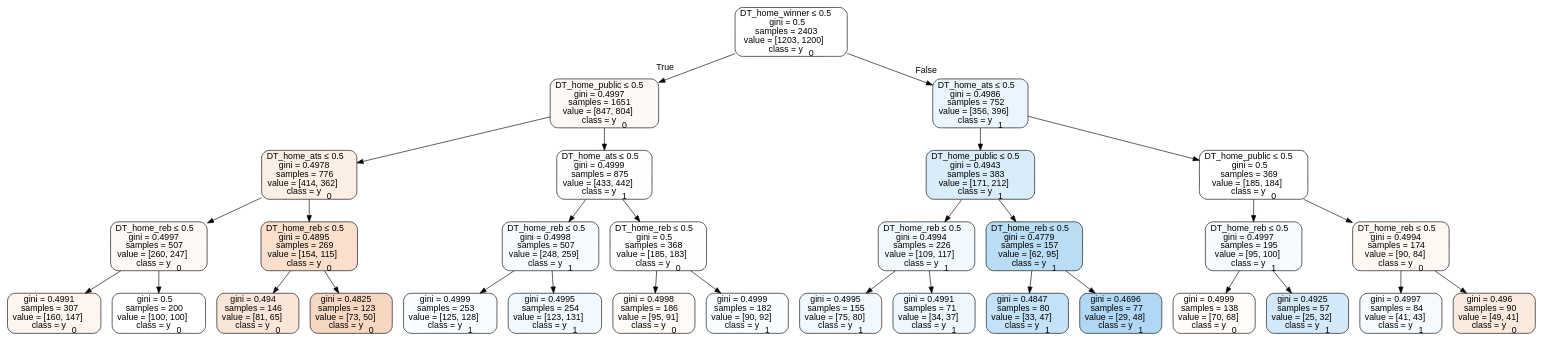
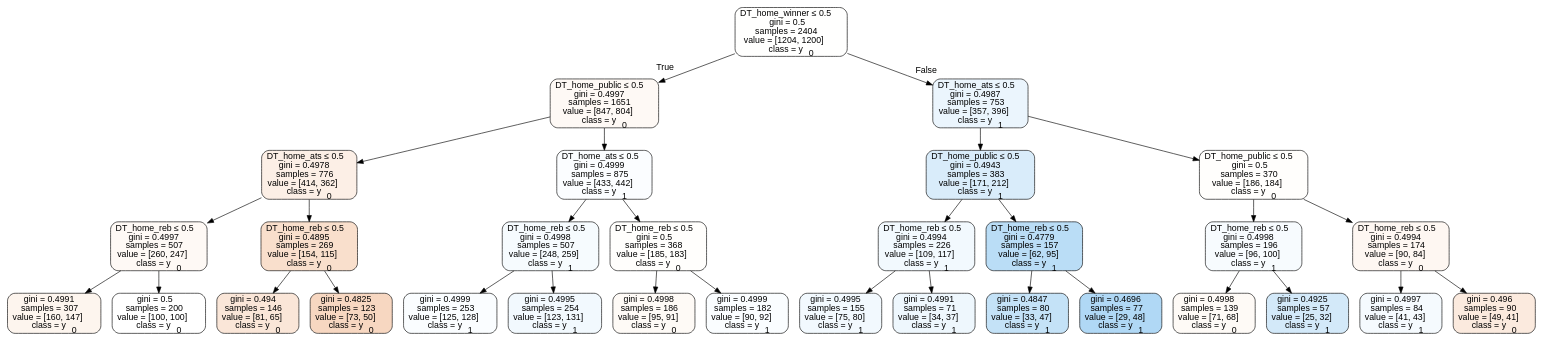
Before and after one commit to usbogie/ncaa-bets: the diagram in Basketball/data/trees/tree2014neutral.dot, drawn with Graphviz. The commit also changed 33 other files, not shown here.

```diff
--- a/Basketball/data/trees/tree2014neutral.dot
+++ b/Basketball/data/trees/tree2014neutral.dot
@@ -1,65 +1,65 @@
 digraph Tree {
 node [shape=box, style="filled, rounded", color="black", fontname=helvetica] ;
 edge [fontname=helvetica] ;
-0 [label=<DT_home_winner &le; 0.5<br/>gini = 0.5<br/>samples = 2403<br/>value = [1203, 1200]<br/>class = y<SUB>0</SUB>>, fillcolor="#e5813901"] ;
+0 [label=<DT_home_winner &le; 0.5<br/>gini = 0.5<br/>samples = 2404<br/>value = [1204, 1200]<br/>class = y<SUB>0</SUB>>, fillcolor="#e5813901"] ;
 1 [label=<DT_home_public &le; 0.5<br/>gini = 0.4997<br/>samples = 1651<br/>value = [847, 804]<br/>class = y<SUB>0</SUB>>, fillcolor="#e581390d"] ;
 0 -> 1 [labeldistance=2.5, labelangle=45, headlabel="True"] ;
 2 [label=<DT_home_ats &le; 0.5<br/>gini = 0.4978<br/>samples = 776<br/>value = [414, 362]<br/>class = y<SUB>0</SUB>>, fillcolor="#e5813920"] ;
 1 -> 2 ;
 3 [label=<DT_home_reb &le; 0.5<br/>gini = 0.4997<br/>samples = 507<br/>value = [260, 247]<br/>class = y<SUB>0</SUB>>, fillcolor="#e581390d"] ;
 2 -> 3 ;
 4 [label=<gini = 0.4991<br/>samples = 307<br/>value = [160, 147]<br/>class = y<SUB>0</SUB>>, fillcolor="#e5813915"] ;
 3 -> 4 ;
 5 [label=<gini = 0.5<br/>samples = 200<br/>value = [100, 100]<br/>class = y<SUB>0</SUB>>, fillcolor="#e5813900"] ;
 3 -> 5 ;
 6 [label=<DT_home_reb &le; 0.5<br/>gini = 0.4895<br/>samples = 269<br/>value = [154, 115]<br/>class = y<SUB>0</SUB>>, fillcolor="#e5813941"] ;
 2 -> 6 ;
 7 [label=<gini = 0.494<br/>samples = 146<br/>value = [81, 65]<br/>class = y<SUB>0</SUB>>, fillcolor="#e5813932"] ;
 6 -> 7 ;
 8 [label=<gini = 0.4825<br/>samples = 123<br/>value = [73, 50]<br/>class = y<SUB>0</SUB>>, fillcolor="#e5813950"] ;
 6 -> 8 ;
 9 [label=<DT_home_ats &le; 0.5<br/>gini = 0.4999<br/>samples = 875<br/>value = [433, 442]<br/>class = y<SUB>1</SUB>>, fillcolor="#399de505"] ;
 1 -> 9 ;
 10 [label=<DT_home_reb &le; 0.5<br/>gini = 0.4998<br/>samples = 507<br/>value = [248, 259]<br/>class = y<SUB>1</SUB>>, fillcolor="#399de50b"] ;
 9 -> 10 ;
 11 [label=<gini = 0.4999<br/>samples = 253<br/>value = [125, 128]<br/>class = y<SUB>1</SUB>>, fillcolor="#399de506"] ;
 10 -> 11 ;
 12 [label=<gini = 0.4995<br/>samples = 254<br/>value = [123, 131]<br/>class = y<SUB>1</SUB>>, fillcolor="#399de510"] ;
 10 -> 12 ;
 13 [label=<DT_home_reb &le; 0.5<br/>gini = 0.5<br/>samples = 368<br/>value = [185, 183]<br/>class = y<SUB>0</SUB>>, fillcolor="#e5813903"] ;
 9 -> 13 ;
 14 [label=<gini = 0.4998<br/>samples = 186<br/>value = [95, 91]<br/>class = y<SUB>0</SUB>>, fillcolor="#e581390b"] ;
 13 -> 14 ;
 15 [label=<gini = 0.4999<br/>samples = 182<br/>value = [90, 92]<br/>class = y<SUB>1</SUB>>, fillcolor="#399de506"] ;
 13 -> 15 ;
-16 [label=<DT_home_ats &le; 0.5<br/>gini = 0.4986<br/>samples = 752<br/>value = [356, 396]<br/>class = y<SUB>1</SUB>>, fillcolor="#399de51a"] ;
+16 [label=<DT_home_ats &le; 0.5<br/>gini = 0.4987<br/>samples = 753<br/>value = [357, 396]<br/>class = y<SUB>1</SUB>>, fillcolor="#399de519"] ;
 0 -> 16 [labeldistance=2.5, labelangle=-45, headlabel="False"] ;
 17 [label=<DT_home_public &le; 0.5<br/>gini = 0.4943<br/>samples = 383<br/>value = [171, 212]<br/>class = y<SUB>1</SUB>>, fillcolor="#399de531"] ;
 16 -> 17 ;
 18 [label=<DT_home_reb &le; 0.5<br/>gini = 0.4994<br/>samples = 226<br/>value = [109, 117]<br/>class = y<SUB>1</SUB>>, fillcolor="#399de511"] ;
 17 -> 18 ;
 19 [label=<gini = 0.4995<br/>samples = 155<br/>value = [75, 80]<br/>class = y<SUB>1</SUB>>, fillcolor="#399de510"] ;
 18 -> 19 ;
 20 [label=<gini = 0.4991<br/>samples = 71<br/>value = [34, 37]<br/>class = y<SUB>1</SUB>>, fillcolor="#399de515"] ;
 18 -> 20 ;
 21 [label=<DT_home_reb &le; 0.5<br/>gini = 0.4779<br/>samples = 157<br/>value = [62, 95]<br/>class = y<SUB>1</SUB>>, fillcolor="#399de559"] ;
 17 -> 21 ;
 22 [label=<gini = 0.4847<br/>samples = 80<br/>value = [33, 47]<br/>class = y<SUB>1</SUB>>, fillcolor="#399de54c"] ;
 21 -> 22 ;
 23 [label=<gini = 0.4696<br/>samples = 77<br/>value = [29, 48]<br/>class = y<SUB>1</SUB>>, fillcolor="#399de565"] ;
 21 -> 23 ;
-24 [label=<DT_home_public &le; 0.5<br/>gini = 0.5<br/>samples = 369<br/>value = [185, 184]<br/>class = y<SUB>0</SUB>>, fillcolor="#e5813901"] ;
+24 [label=<DT_home_public &le; 0.5<br/>gini = 0.5<br/>samples = 370<br/>value = [186, 184]<br/>class = y<SUB>0</SUB>>, fillcolor="#e5813903"] ;
 16 -> 24 ;
-25 [label=<DT_home_reb &le; 0.5<br/>gini = 0.4997<br/>samples = 195<br/>value = [95, 100]<br/>class = y<SUB>1</SUB>>, fillcolor="#399de50d"] ;
+25 [label=<DT_home_reb &le; 0.5<br/>gini = 0.4998<br/>samples = 196<br/>value = [96, 100]<br/>class = y<SUB>1</SUB>>, fillcolor="#399de50a"] ;
 24 -> 25 ;
-26 [label=<gini = 0.4999<br/>samples = 138<br/>value = [70, 68]<br/>class = y<SUB>0</SUB>>, fillcolor="#e5813907"] ;
+26 [label=<gini = 0.4998<br/>samples = 139<br/>value = [71, 68]<br/>class = y<SUB>0</SUB>>, fillcolor="#e581390b"] ;
 25 -> 26 ;
 27 [label=<gini = 0.4925<br/>samples = 57<br/>value = [25, 32]<br/>class = y<SUB>1</SUB>>, fillcolor="#399de538"] ;
 25 -> 27 ;
 28 [label=<DT_home_reb &le; 0.5<br/>gini = 0.4994<br/>samples = 174<br/>value = [90, 84]<br/>class = y<SUB>0</SUB>>, fillcolor="#e5813911"] ;
 24 -> 28 ;
 29 [label=<gini = 0.4997<br/>samples = 84<br/>value = [41, 43]<br/>class = y<SUB>1</SUB>>, fillcolor="#399de50c"] ;
 28 -> 29 ;
 30 [label=<gini = 0.496<br/>samples = 90<br/>value = [49, 41]<br/>class = y<SUB>0</SUB>>, fillcolor="#e581392a"] ;
 28 -> 30 ;
 }
```
